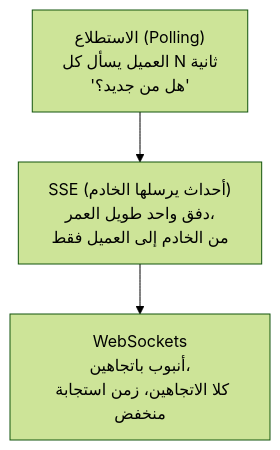
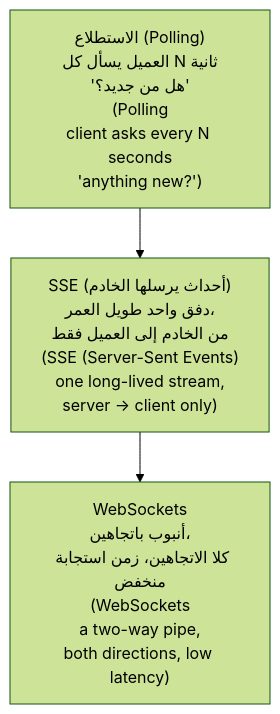
Before and after one commit to Tamoura/system-design-for-vibe-coders: the sixth of 7 diagrams in modules/10-scaling/module.ar.md, drawn with Mermaid (forest theme). The commit also changed other lines of this file and 62 other files, not shown here.

First line of the commit message:
Arabic editions: English on every diagram label, RTL fixes, rebuild

````diff
--- a/modules/10-scaling/module.ar.md
+++ b/modules/10-scaling/module.ar.md
@@ -422,5 +422,5 @@
 ```mermaid
 flowchart TD
-    P["الاستطلاع (Polling)<br/>العميل يسأل كل N ثانية<br/>'هل من جديد؟'"] --> S["SSE (أحداث يرسلها الخادم)<br/>دفق واحد طويل العمر،<br/>من الخادم إلى العميل فقط"]
-    S --> W["WebSockets<br/>أنبوب باتجاهين،<br/>كلا الاتجاهين، زمن استجابة منخفض"]
+    P["الاستطلاع (Polling)<br/>العميل يسأل كل N ثانية<br/>'هل من جديد؟'<br/>(Polling<br/>client asks every N seconds<br/>'anything new?')"] --> S["SSE (أحداث يرسلها الخادم)<br/>دفق واحد طويل العمر،<br/>من الخادم إلى العميل فقط<br/>(SSE (Server-Sent Events)<br/>one long-lived stream,<br/>server → client only)"]
+    S --> W["WebSockets<br/>أنبوب باتجاهين،<br/>كلا الاتجاهين، زمن استجابة منخفض<br/>(WebSockets<br/>a two-way pipe,<br/>both directions, low latency)"]
 ```
````
